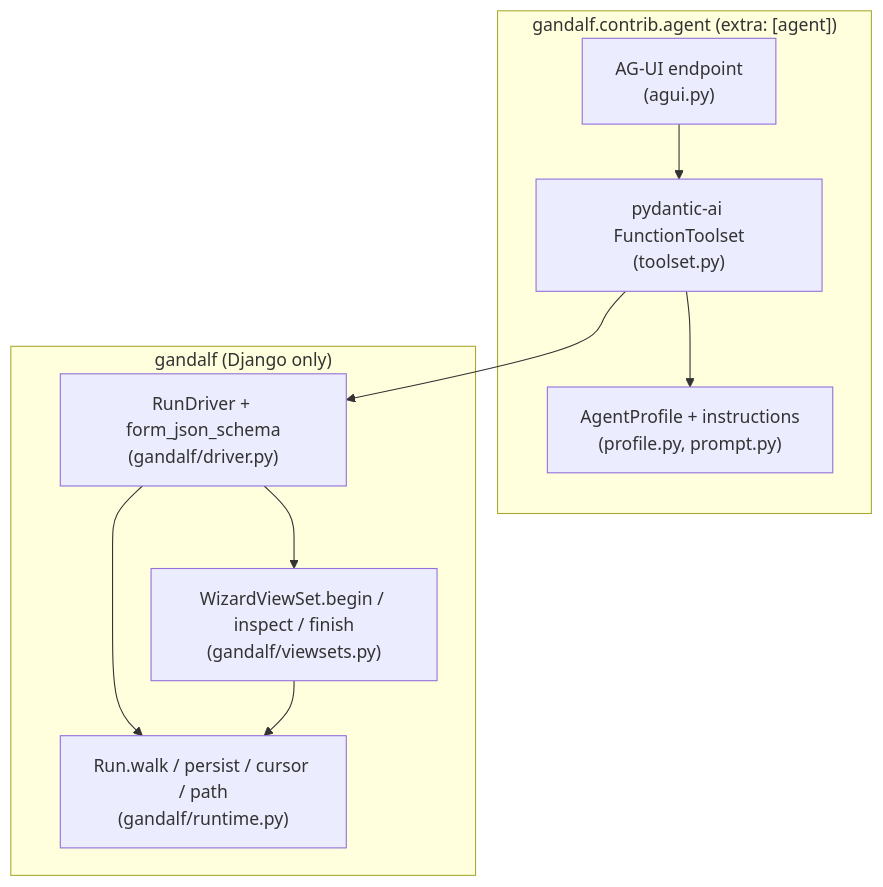
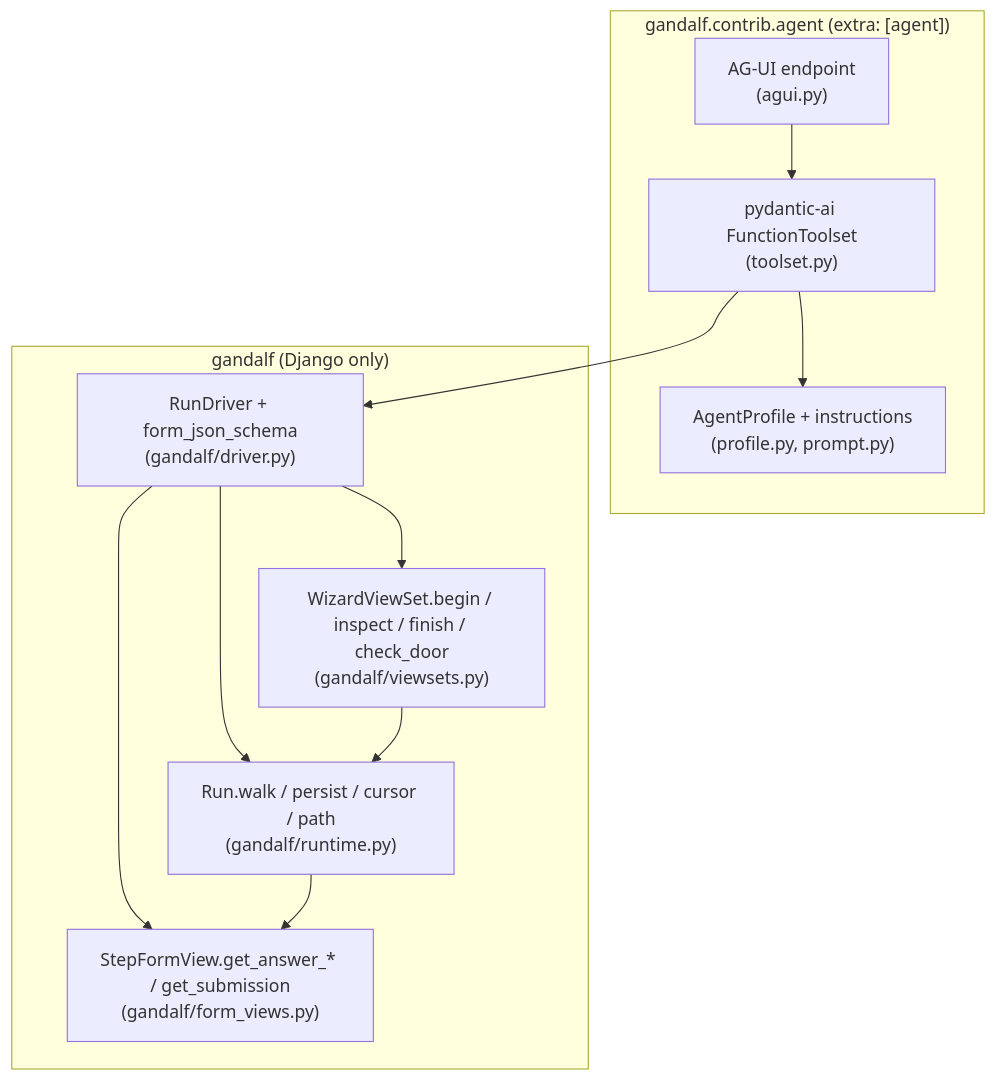
The diagram in AGENT_ACCESS.md (kevincarrogan/django-gandalf), drawn with Mermaid before and after one commit. The commit also changed other lines of this file and 7 other files, not shown here.

````diff
--- a/AGENT_ACCESS.md
+++ b/AGENT_ACCESS.md
@@ -25,21 +25,24 @@
 ```mermaid
 graph TB
     subgraph "gandalf.contrib.agent (extra: [agent])"
         TS["pydantic-ai FunctionToolset\n(toolset.py)"]
         PR["AgentProfile + instructions\n(profile.py, prompt.py)"]
         UI["AG-UI endpoint\n(agui.py)"]
     end
 
     subgraph "gandalf (Django only)"
         AD["RunDriver + form_json_schema\n(gandalf/driver.py)"]
         BW["Run.walk / persist / cursor / path\n(gandalf/runtime.py)"]
-        VS["WizardViewSet.begin / inspect / finish\n(gandalf/viewsets.py)"]
+        VS["WizardViewSet.begin / inspect / finish / check_door\n(gandalf/viewsets.py)"]
+        SV["StepFormView.get_answer_* / get_submission\n(gandalf/form_views.py)"]
     end
 
     UI --> TS
     TS --> PR
     TS --> AD
     AD --> VS
     AD --> BW
+    AD --> SV
     VS --> BW
+    BW --> SV
 ```
````
